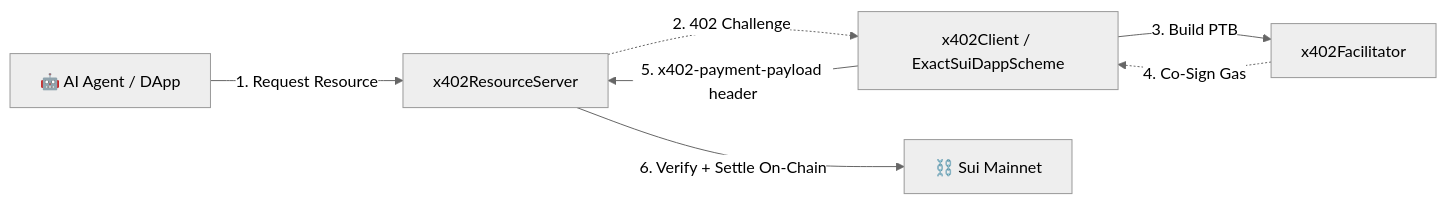
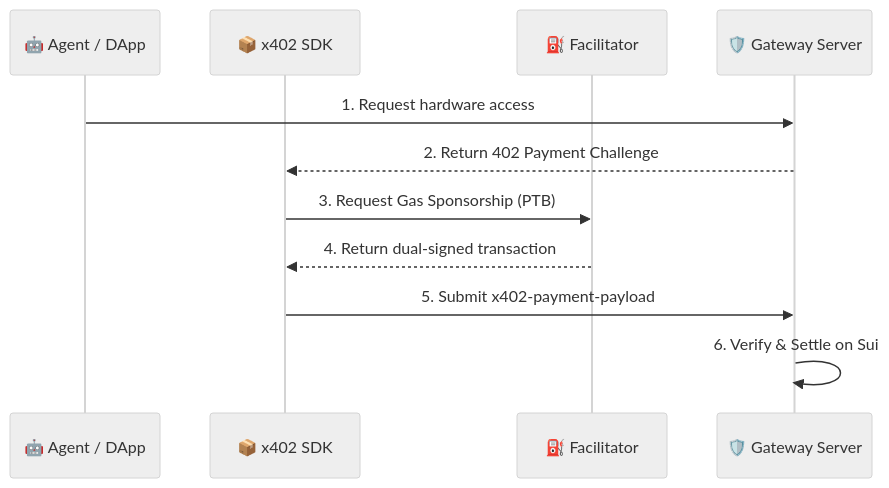
Before and after one commit to altaga/Aether: the second of 6 diagrams in README.md, drawn with Mermaid (neutral theme).

Commit message:
Mermaid diagram update

````diff
--- a/README.md
+++ b/README.md
@@ -83,9 +83,14 @@
 ```mermaid
-graph LR
-    Agent[🤖 AI Agent / DApp] -->|1. Request Resource| Server[x402ResourceServer]
-    Server -.->|2. 402 Challenge| Client[x402Client / ExactSuiDappScheme]
-    Client -->|3. Build PTB| Facil[x402Facilitator]
-    Facil -.->|4. Co-Sign Gas| Client
-    Client -->|5. x402-payment-payload header| Server
-    Server -->|6. Verify + Settle On-Chain| Sui[⛓️ Sui Mainnet]
+sequenceDiagram
+    participant Client as 🤖 Agent / DApp
+    participant SDK as 📦 x402 SDK
+    participant Facil as ⛽ Facilitator
+    participant Server as 🛡️ Gateway Server
+
+    Client->>Server: 1. Request hardware access
+    Server-->>SDK: 2. Return 402 Payment Challenge
+    SDK->>Facil: 3. Request Gas Sponsorship (PTB)
+    Facil-->>SDK: 4. Return dual-signed transaction
+    SDK->>Server: 5. Submit x402-payment-payload
+    Server->>Server: 6. Verify & Settle on Sui
 ```
````
